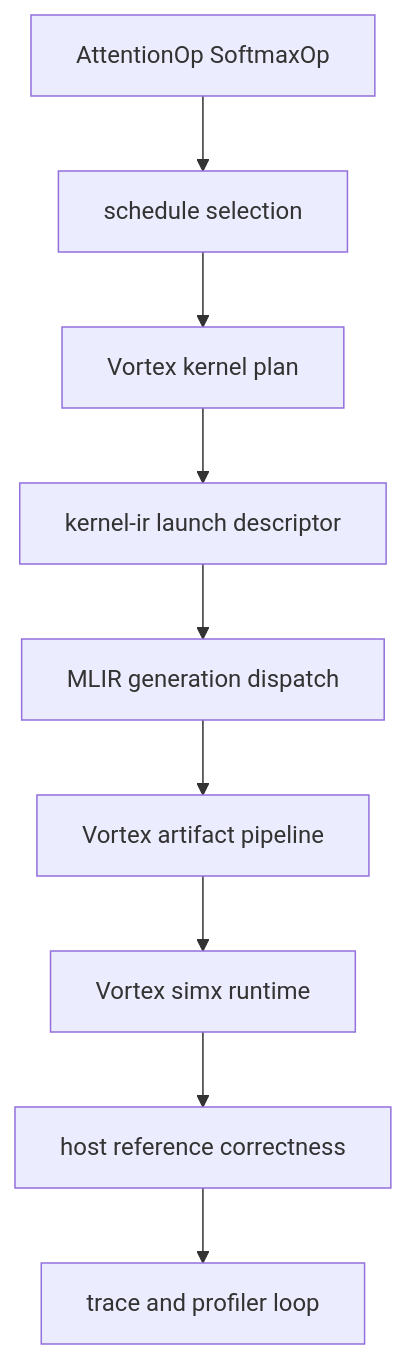
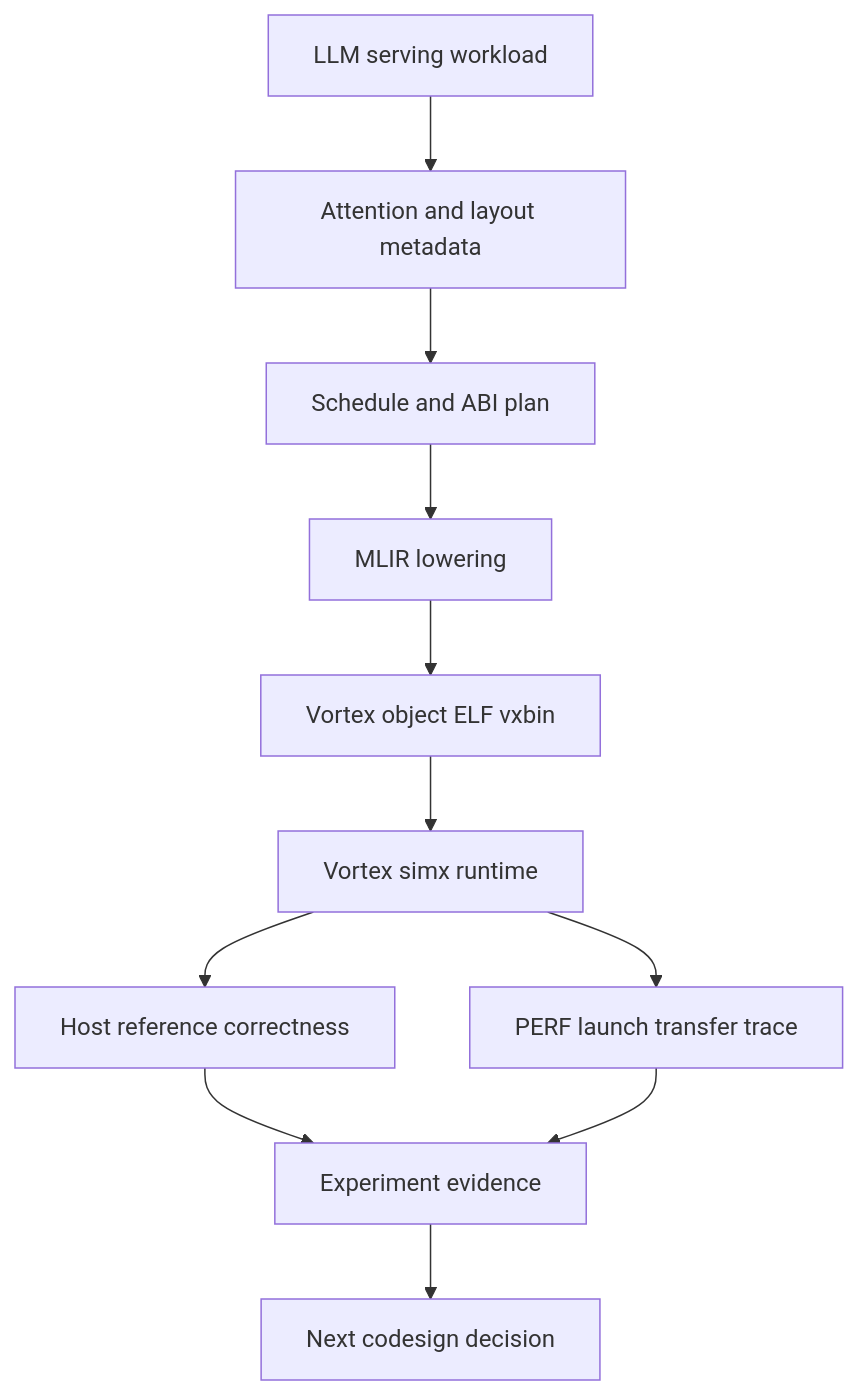
Before and after one commit to devillove084/Mandrel: the first of 2 diagrams in docs/roadmap.md, drawn with Mermaid. The commit also changed other lines of this file and 42 other files, not shown here.

````diff
--- a/docs/roadmap.md
+++ b/docs/roadmap.md
@@ -7,11 +26,13 @@
 ```mermaid
 flowchart TD
-    A[AttentionOp SoftmaxOp] --> B[schedule selection]
-    B --> C[Vortex kernel plan]
-    C --> D[kernel-ir launch descriptor]
-    D --> E[MLIR generation dispatch]
-    E --> F[Vortex artifact pipeline]
-    F --> G[Vortex simx runtime]
-    G --> H[host reference correctness]
-    H --> I[trace and profiler loop]
+    A[LLM serving workload] --> B[Attention and layout metadata]
+    B --> C[Schedule and ABI plan]
+    C --> D[MLIR lowering]
+    D --> E[Vortex object ELF vxbin]
+    E --> F[Vortex simx runtime]
+    F --> G[Host reference correctness]
+    F --> H[PERF launch transfer trace]
+    G --> I[Experiment evidence]
+    H --> I
+    I --> J[Next codesign decision]
 ```
````
